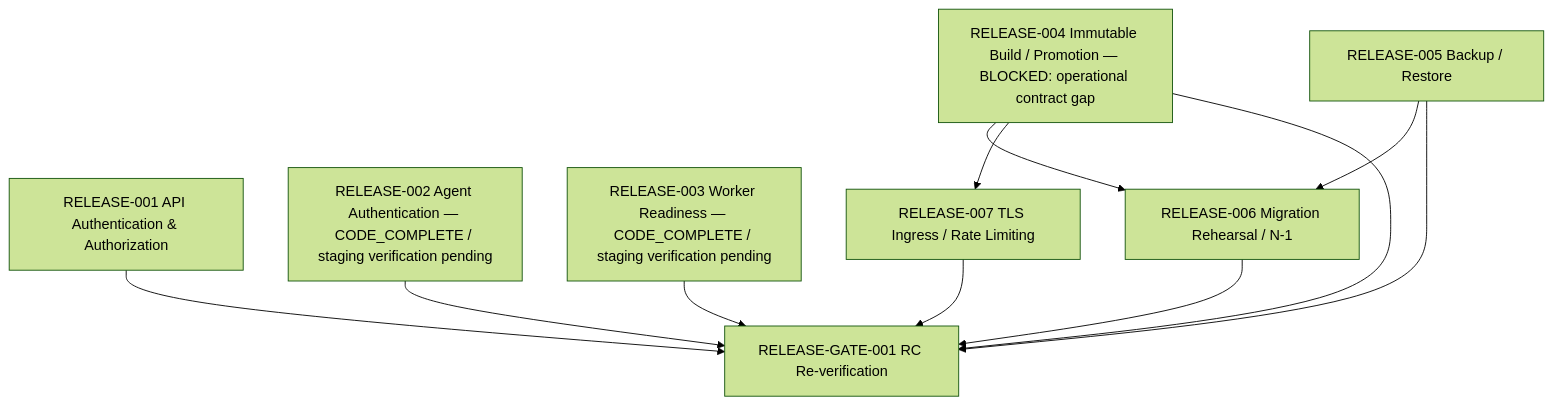
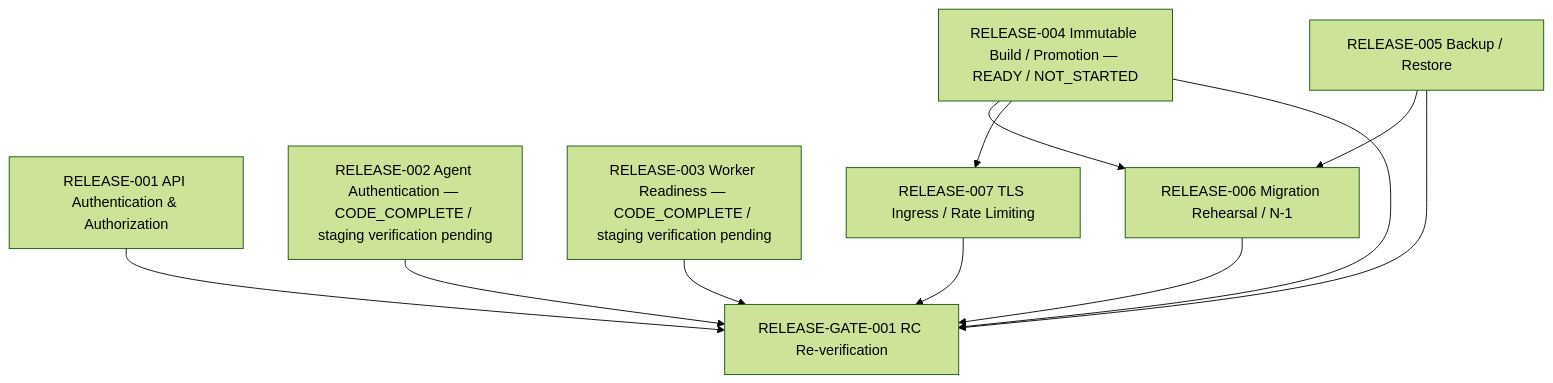
The diagram in docs/release/RELEASE_DEPENDENCY_GRAPH.md (duclee9x/itcenter), drawn with Mermaid (forest theme) before and after one commit. The commit also changed other lines of this file and 9 other files, not shown here.

Commit message:
Complete RELEASE-004-R1 Compose deployment contract

````diff
--- a/docs/release/RELEASE_DEPENDENCY_GRAPH.md
+++ b/docs/release/RELEASE_DEPENDENCY_GRAPH.md
@@ -6,23 +6,23 @@
 ```mermaid
 flowchart TD
   R001[RELEASE-001 API Authentication & Authorization]
   R002[RELEASE-002 Agent Authentication — CODE_COMPLETE / staging verification pending]
   R003[RELEASE-003 Worker Readiness — CODE_COMPLETE / staging verification pending]
-  R004[RELEASE-004 Immutable Build / Promotion — BLOCKED: operational contract gap]
+  R004[RELEASE-004 Immutable Build / Promotion — READY / NOT_STARTED]
   R005[RELEASE-005 Backup / Restore]
   R006[RELEASE-006 Migration Rehearsal / N-1]
   R007[RELEASE-007 TLS Ingress / Rate Limiting]
   G001[RELEASE-GATE-001 RC Re-verification]
 
   R004 --> R006
   R005 --> R006
   R004 --> R007
 
   R001 --> G001
   R002 --> G001
   R003 --> G001
   R004 --> G001
   R005 --> G001
   R006 --> G001
   R007 --> G001
 ```
````
